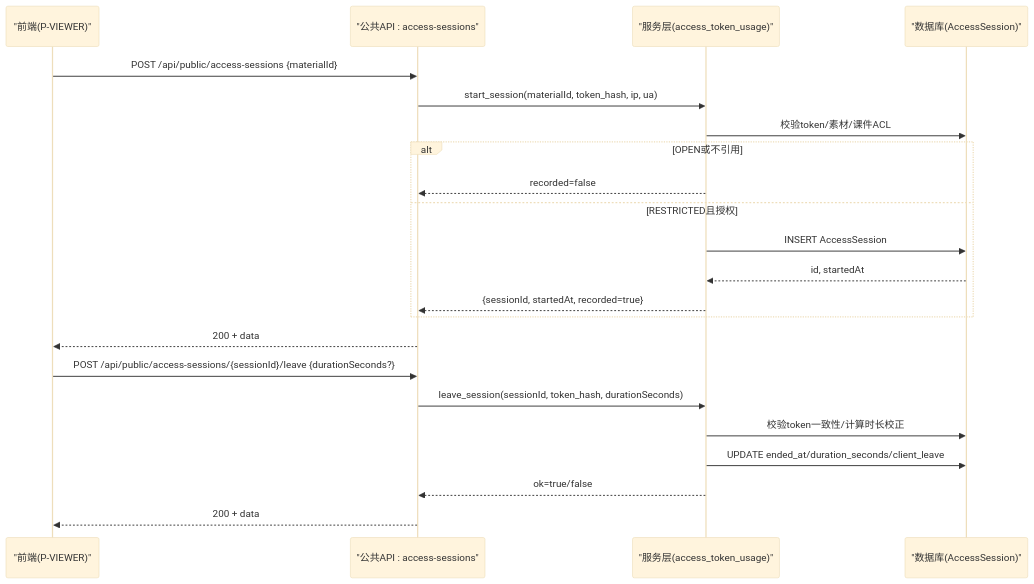
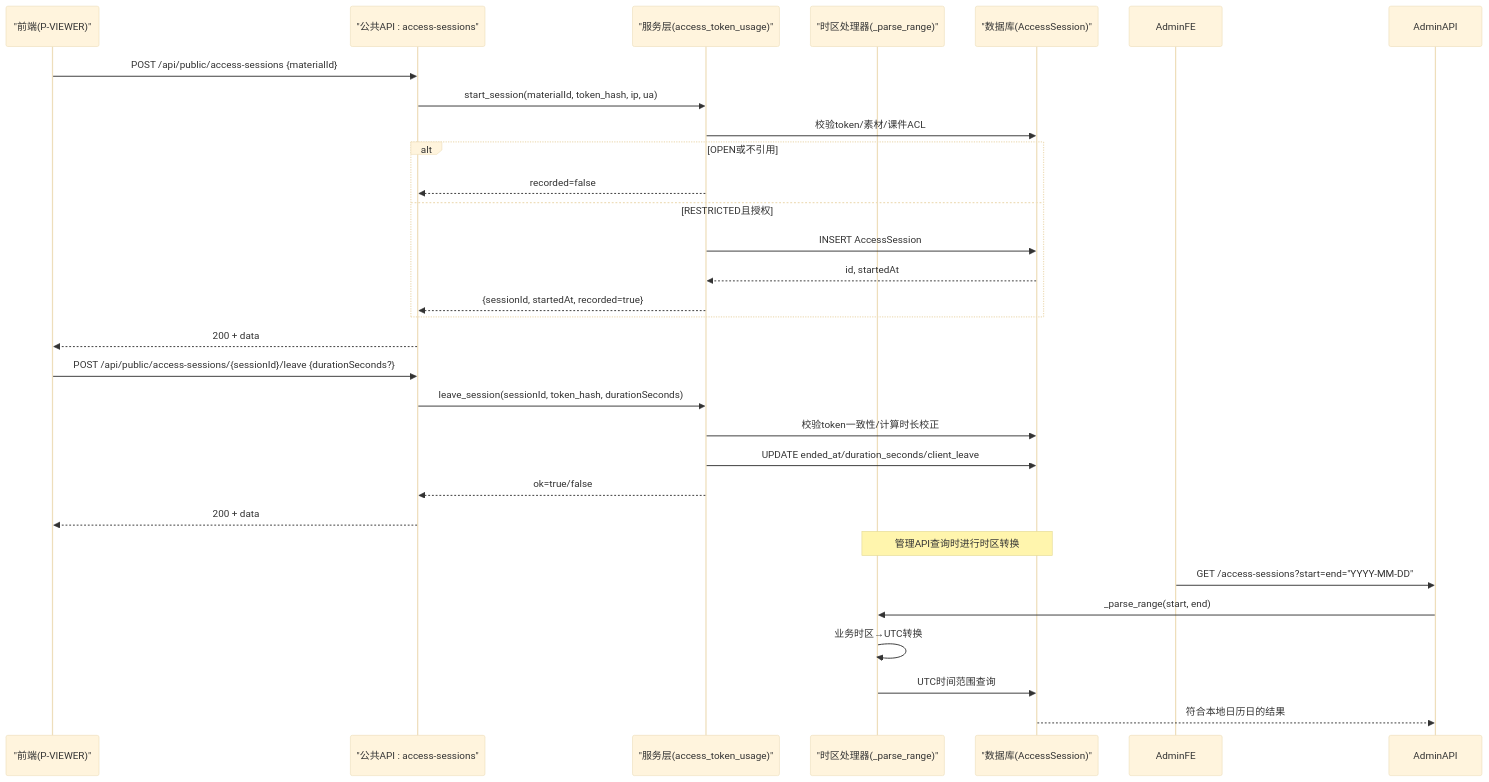
Before and after one commit to leo21cn/ai-learning-hub: the second of 7 diagrams in .qoder/repowiki/zh/content/后端开发指南/API接口开发/公开接口/访问会话接口.md, drawn with Mermaid (base theme). The commit also changed other lines of this file and 47 other files, not shown here.

````diff
--- a/.qoder/repowiki/zh/content/后端开发指南/API接口开发/公开接口/访问会话接口.md
+++ b/.qoder/repowiki/zh/content/后端开发指南/API接口开发/公开接口/访问会话接口.md
@@ -97,24 +112,31 @@
 ```mermaid
 sequenceDiagram
 participant FE as "前端(P-VIEWER)"
 participant Pub as "公共API : access-sessions"
 participant Svc as "服务层(access_token_usage)"
+participant TZ as "时区处理器(_parse_range)"
 participant DB as "数据库(AccessSession)"
 FE->>Pub : POST /api/public/access-sessions {materialId}
 Pub->>Svc : start_session(materialId, token_hash, ip, ua)
 Svc->>DB : 校验token/素材/课件ACL
 alt OPEN或不引用
 Svc-->>Pub : recorded=false
 else RESTRICTED且授权
 Svc->>DB : INSERT AccessSession
 DB-->>Svc : id, startedAt
 Svc-->>Pub : {sessionId, startedAt, recorded=true}
 end
 Pub-->>FE : 200 + data
 FE->>Pub : POST /api/public/access-sessions/{sessionId}/leave {durationSeconds?}
 Pub->>Svc : leave_session(sessionId, token_hash, durationSeconds)
 Svc->>DB : 校验token一致性/计算时长校正
 Svc->>DB : UPDATE ended_at/duration_seconds/client_leave
 Svc-->>Pub : ok=true/false
 Pub-->>FE : 200 + data
+Note over TZ,DB : 管理API查询时进行时区转换
+AdminFE->>AdminAPI : GET /access-sessions?start=end="YYYY-MM-DD"
+AdminAPI->>TZ : _parse_range(start, end)
+TZ->>TZ : 业务时区→UTC转换
+TZ->>DB : UTC时间范围查询
+DB-->>AdminAPI : 符合本地日历日的结果
 ```
````
